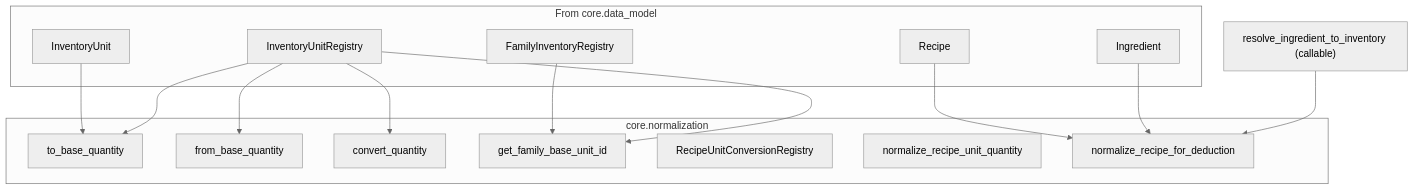
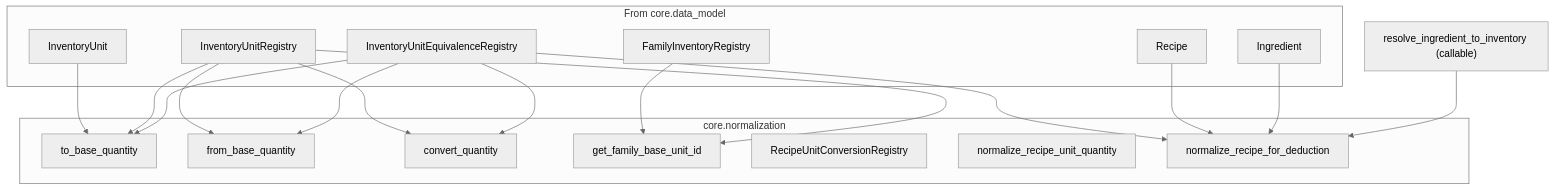
Before and after one commit to Alanbahena/zenet-mvp-jupyter: the fifth of 5 diagrams in docs/Architecture/architecture-normalization.md, drawn with Mermaid (neutral theme). The commit also changed other lines of this file and 22 other files, not shown here.

Commit message:
added architecture documentation to the prokect

````diff
--- a/docs/Architecture/architecture-normalization.md
+++ b/docs/Architecture/architecture-normalization.md
@@ -164,30 +190,35 @@
 ```mermaid
 flowchart TB
     subgraph external["From core.data_model"]
         Recipe
         Ingredient
         InventoryUnit
         InventoryUnitRegistry
+        InventoryUnitEquivalenceRegistry
         FamilyInventoryRegistry
     end
 
     subgraph normalization_module["core.normalization"]
         to_base_quantity
         from_base_quantity
         convert_quantity
         get_family_base_unit_id
         RecipeUnitConversionRegistry
         normalize_recipe_unit_quantity
         normalize_recipe_for_deduction
     end
 
     InventoryUnit --> to_base_quantity
     InventoryUnitRegistry --> to_base_quantity
     InventoryUnitRegistry --> from_base_quantity
     InventoryUnitRegistry --> convert_quantity
+    InventoryUnitEquivalenceRegistry --> to_base_quantity
+    InventoryUnitEquivalenceRegistry --> from_base_quantity
+    InventoryUnitEquivalenceRegistry --> convert_quantity
+    InventoryUnitEquivalenceRegistry --> normalize_recipe_for_deduction
     FamilyInventoryRegistry --> get_family_base_unit_id
     InventoryUnitRegistry --> get_family_base_unit_id
     Recipe --> normalize_recipe_for_deduction
     Ingredient --> normalize_recipe_for_deduction
     resolve["resolve_ingredient_to_inventory (callable)"] --> normalize_recipe_for_deduction
 ```
````
